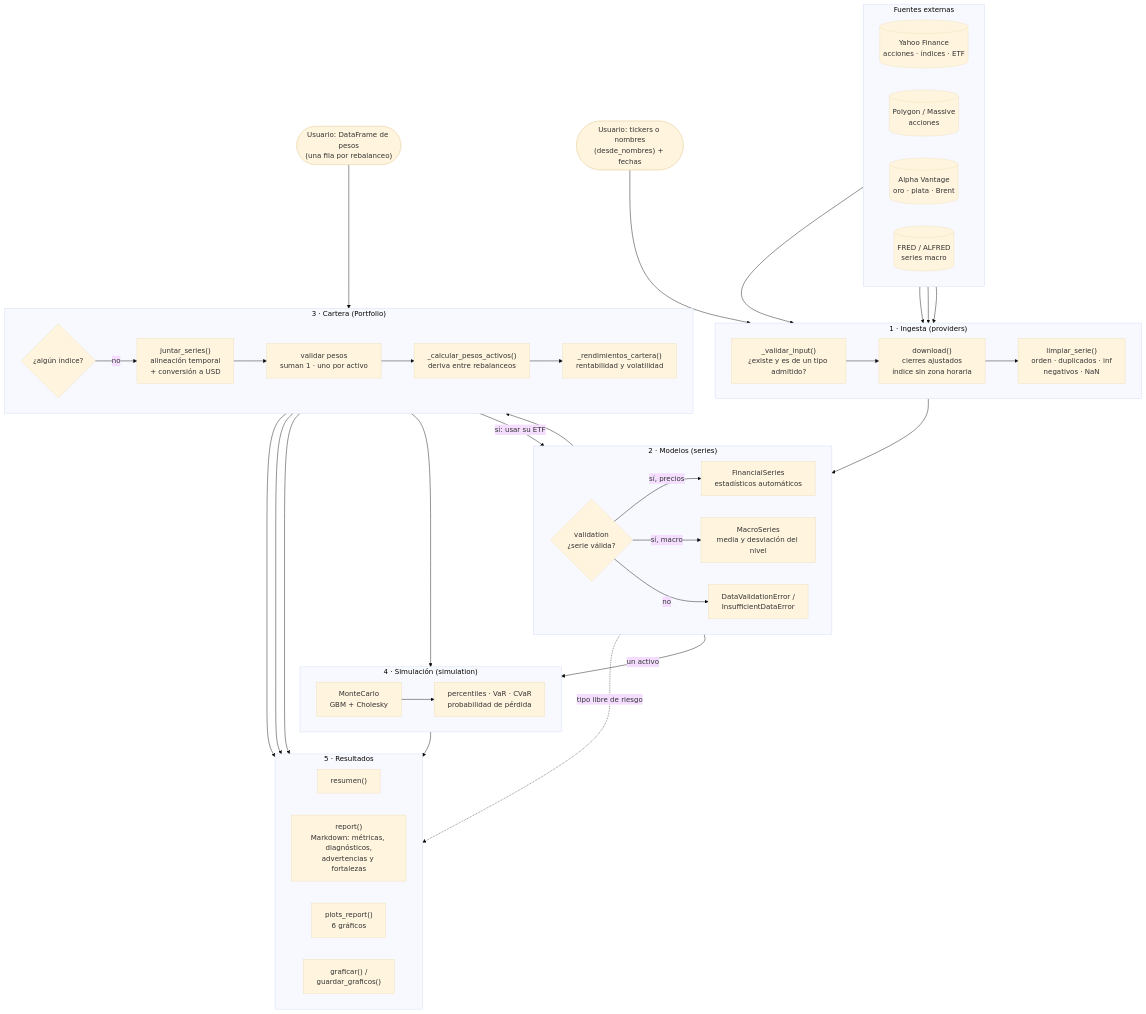
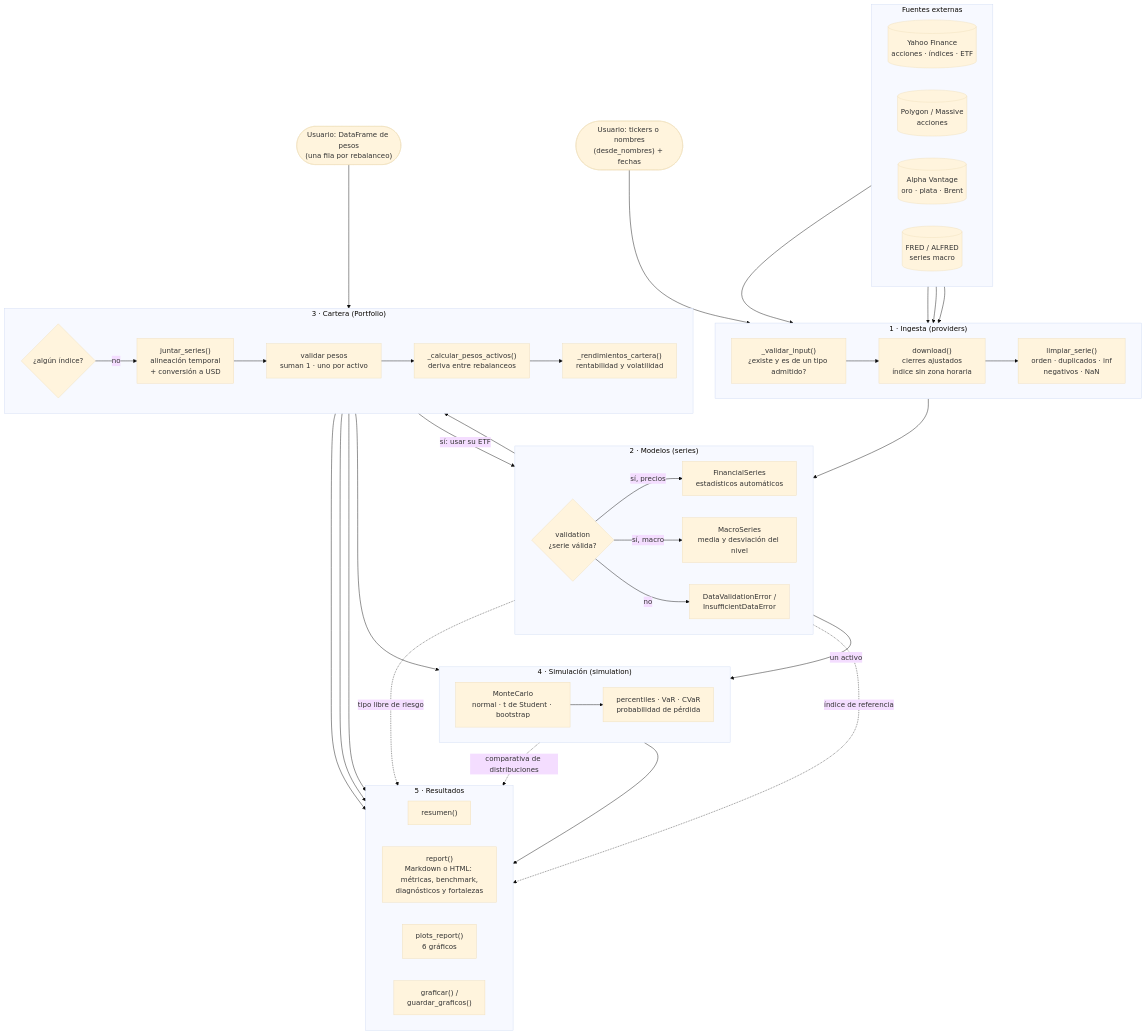
The diagram in docs/architecture/diagramas/flujo.mmd (JAVIIFDEEZ/market-toolkit), drawn with Mermaid (base theme) before and after one commit. The commit also changed 38 other files, not shown here.

Commit message:
0.3.6. (feat): Informe HTML, Monte Carlo con t de Student, comparación con índice e interfaz web. Corrige report() con rebalanceos en días sin sesión.

```diff
--- a/docs/architecture/diagramas/flujo.mmd
+++ b/docs/architecture/diagramas/flujo.mmd
@@ -1,72 +1,74 @@
 flowchart TB
     usuario(["Usuario: tickers o nombres<br/>(desde_nombres) + fechas"])
 
     subgraph fuentes["Fuentes externas"]
         direction LR
         yahoo[("Yahoo Finance<br/>acciones · índices · ETF")]
         polygon[("Polygon / Massive<br/>acciones")]
         av[("Alpha Vantage<br/>oro · plata · Brent")]
         fred[("FRED / ALFRED<br/>series macro")]
     end
 
     subgraph ingesta["1 · Ingesta (providers)"]
         direction LR
         validar_tk["_validar_input()<br/>¿existe y es de un tipo admitido?"]
         download["download()<br/>cierres ajustados<br/>índice sin zona horaria"]
         limpiar["limpiar_serie()<br/>orden · duplicados · inf<br/>negativos · NaN"]
     end
 
     subgraph modelos["2 · Modelos (series)"]
         direction LR
         validacion{"validation<br/>¿serie válida?"}
         fs["FinancialSeries<br/>estadísticos automáticos"]
         ms["MacroSeries<br/>media y desviación del nivel"]
         error["DataValidationError /<br/>InsufficientDataError"]
     end
 
     pesos(["Usuario: DataFrame de pesos<br/>(una fila por rebalanceo)"])
 
     subgraph cartera["3 · Cartera (Portfolio)"]
         direction LR
         sin_indices{"¿algún índice?"}
         juntar["juntar_series()<br/>alineación temporal<br/>+ conversión a USD"]
         validar_p["validar pesos<br/>suman 1 · uno por activo"]
         deriva["_calcular_pesos_activos()<br/>deriva entre rebalanceos"]
         stats["_rendimientos_cartera()<br/>rentabilidad y volatilidad"]
     end
 
     subgraph simulacion["4 · Simulación (simulation)"]
         direction LR
-        mc["MonteCarlo<br/>GBM + Cholesky"]
+        mc["MonteCarlo<br/>normal · t de Student · bootstrap"]
         res["percentiles · VaR · CVaR<br/>probabilidad de pérdida"]
     end
 
     subgraph salida["5 · Resultados"]
         direction LR
         resumen["resumen()"]
-        md["report()<br/>Markdown: métricas, diagnósticos,<br/>advertencias y fortalezas"]
+        md["report()<br/>Markdown o HTML: métricas, benchmark,<br/>diagnósticos y fortalezas"]
         plots["plots_report()<br/>6 gráficos"]
         graficos["graficar() /<br/>guardar_graficos()"]
     end
 
     usuario --> validar_tk
     yahoo --> download
     polygon --> download
     av --> download
     fred --> download
     validar_tk --> download --> limpiar --> validacion
     validacion -- "sí, precios" --> fs
     validacion -- "sí, macro" --> ms
     validacion -- "no" --> error
     fs --> sin_indices
     sin_indices -- "sí: usar su ETF" --> error
     sin_indices -- "no" --> juntar
     pesos --> validar_p
     juntar --> validar_p --> deriva --> stats
     stats --> resumen
     stats --> md
     stats --> plots
     ms -. "tipo libre de riesgo" .-> md
+    fs -. "índice de referencia" .-> md
+    mc -. "comparativa de distribuciones" .-> md
     stats --> mc
     fs -- "un activo" --> mc
     mc --> res --> graficos
```
